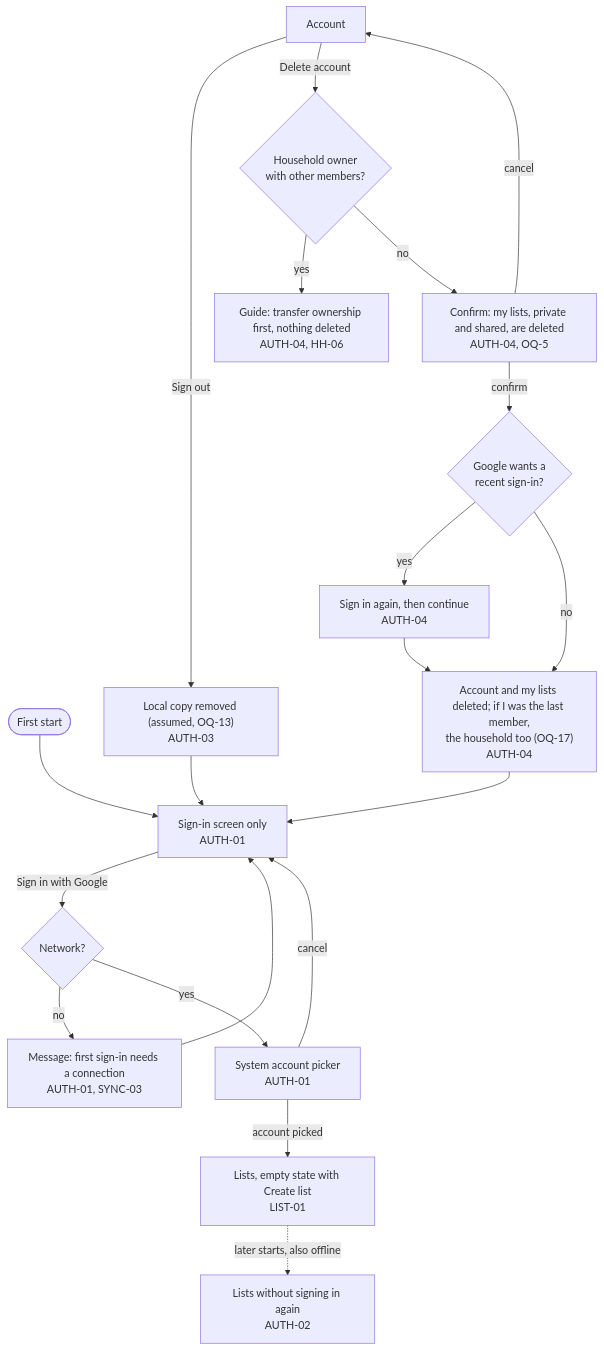
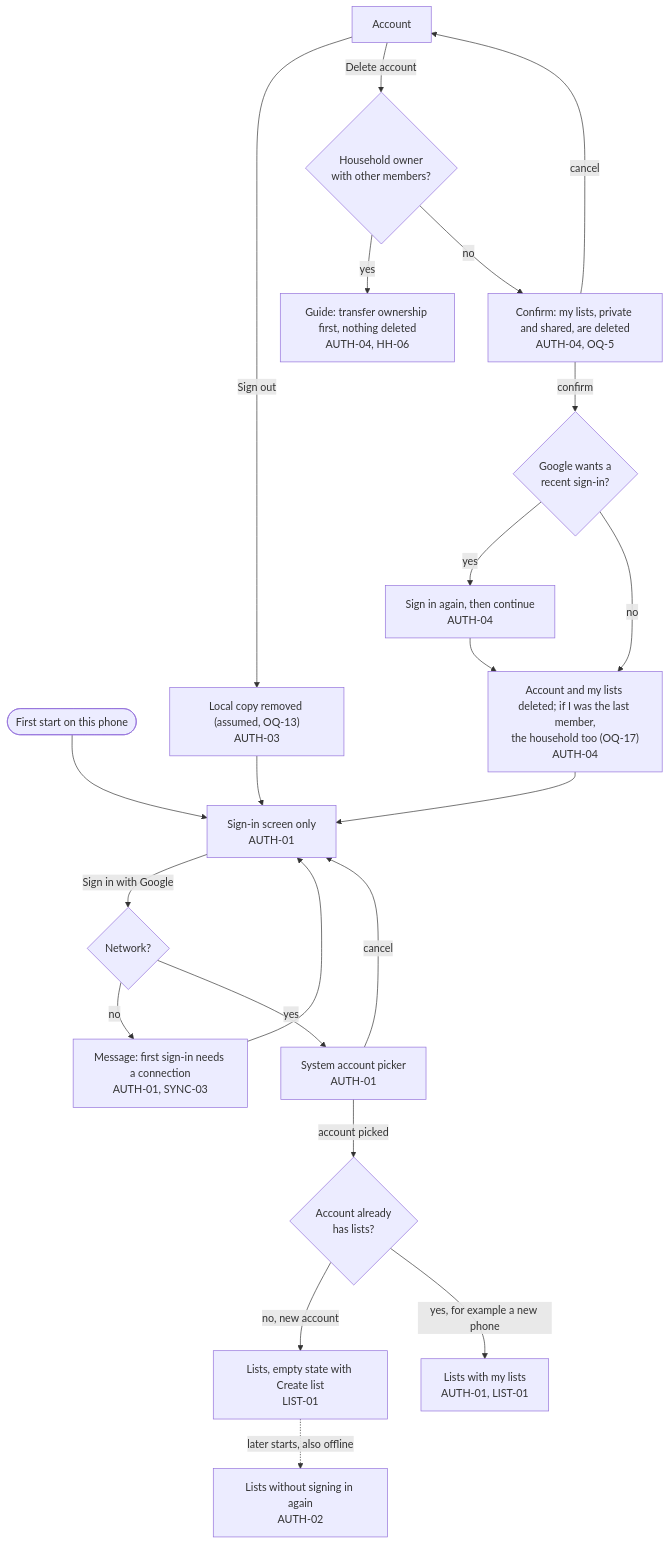
One commit to bondo/listicles2 changed the second of 10 diagrams in docs/product/flow.md. Above: the diagram before and after it, drawn with Mermaid. The commit also changed other lines of this file, not shown here.

````diff
--- a/docs/product/flow.md
+++ b/docs/product/flow.md
@@ -49,18 +51,20 @@
 ```mermaid
 flowchart TD
-    open(["First start"]) --> si["Sign-in screen only<br>AUTH-01"]
+    open(["First start on this phone"]) --> si["Sign-in screen only<br>AUTH-01"]
     si -- "Sign in with Google" --> net{"Network?"}
     net -- "no" --> nonet["Message: first sign-in needs a connection<br>AUTH-01, SYNC-03"] --> si
     net -- "yes" --> picker["System account picker<br>AUTH-01"]
     picker -- "cancel" --> si
-    picker -- "account picked" --> home["Lists, empty state with Create list<br>LIST-01"]
+    picker -- "account picked" --> known{"Account already<br>has lists?"}
+    known -- "no, new account" --> home["Lists, empty state with Create list<br>LIST-01"]
+    known -- "yes, for example a new phone" --> mine["Lists with my lists<br>AUTH-01, LIST-01"]
     home -. "later starts, also offline" .-> home2["Lists without signing in again<br>AUTH-02"]
     acc["Account"] -- "Sign out" --> wipe["Local copy removed (assumed, OQ-13)<br>AUTH-03"] --> si
     acc -- "Delete account" --> owner{"Household owner<br>with other members?"}
     owner -- "yes" --> transfer["Guide: transfer ownership first, nothing deleted<br>AUTH-04, HH-06"]
     owner -- "no" --> confirm["Confirm: my lists, private and shared, are deleted<br>AUTH-04, OQ-5"]
     confirm -- "cancel" --> acc
     confirm -- "confirm" --> reauth{"Google wants a<br>recent sign-in?"}
     reauth -- "yes" --> again["Sign in again, then continue<br>AUTH-04"] --> gone
     reauth -- "no" --> gone["Account and my lists deleted; if I was the last member,<br>the household too (OQ-17)<br>AUTH-04"] --> si
 ```
````
